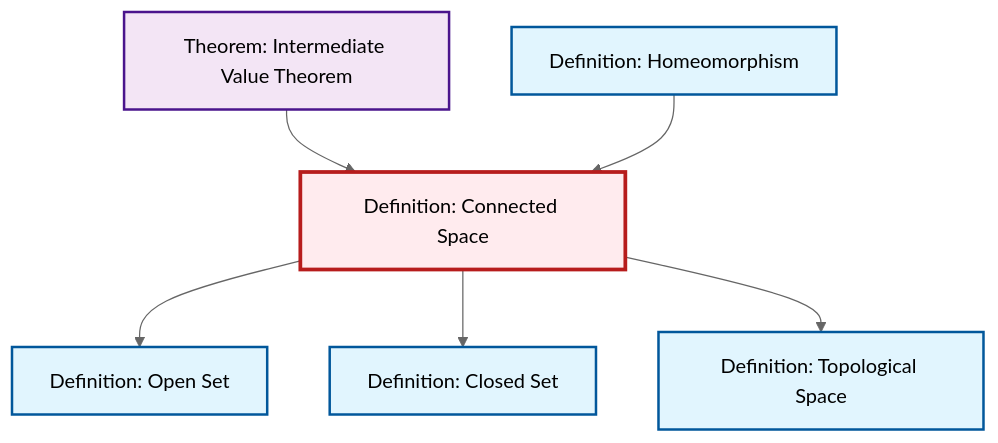
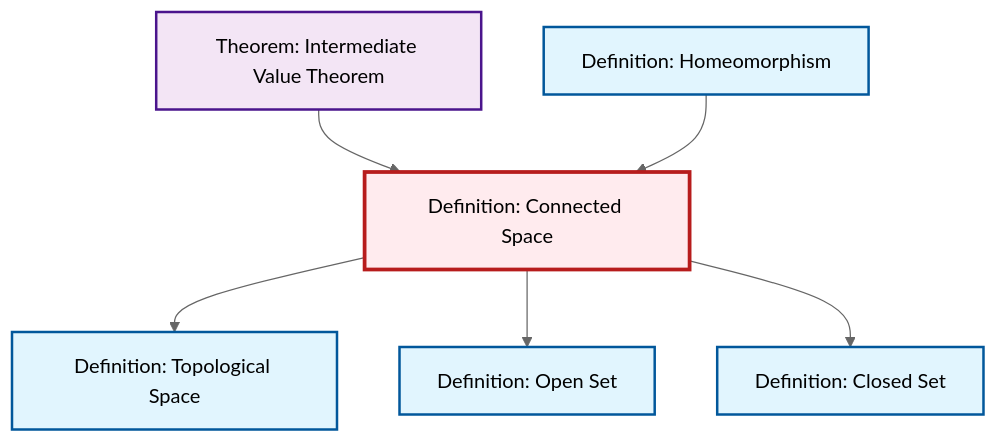
The diagram in content/ja/topology/def-connected.qmd (RK0429/ModernMath), drawn with Mermaid (neutral theme) before and after one commit. The commit also changed other lines of this file and 531 other files, not shown here.

````diff
--- a/content/ja/topology/def-connected.qmd
+++ b/content/ja/topology/def-connected.qmd
@@ -50,26 +50,26 @@
 ```{mermaid}
 %%| fig-cap: "Local dependency graph"
 graph TD
     classDef definition fill:#e1f5fe,stroke:#01579b,stroke-width:2px
     classDef theorem fill:#f3e5f5,stroke:#4a148c,stroke-width:2px
     classDef axiom fill:#fff3e0,stroke:#e65100,stroke-width:2px
     classDef example fill:#e8f5e9,stroke:#1b5e20,stroke-width:2px
     classDef current fill:#ffebee,stroke:#b71c1c,stroke-width:3px
+    def-homeomorphism["Definition: Homeomorphism"]:::definition
+    def-topological-space["Definition: Topological Space"]:::definition
     def-closed-set["Definition: Closed Set"]:::definition
-    def-homeomorphism["Definition: Homeomorphism"]:::definition
+    def-open-set["Definition: Open Set"]:::definition
+    def-connected["Definition: Connected Space"]:::definition
     thm-intermediate-value["Theorem: Intermediate Value Theorem"]:::theorem
-    def-topological-space["Definition: Topological Space"]:::definition
-    def-connected["Definition: Connected Space"]:::definition
-    def-open-set["Definition: Open Set"]:::definition
+    def-connected --> def-topological-space
+    thm-intermediate-value --> def-connected
     def-connected --> def-open-set
+    def-homeomorphism --> def-connected
     def-connected --> def-closed-set
-    thm-intermediate-value --> def-connected
-    def-connected --> def-topological-space
-    def-homeomorphism --> def-connected
     class def-connected current
+    click def-homeomorphism "def-homeomorphism.html" "Definition: Homeomorphismへ"
+    click def-topological-space "def-topological-space.html" "Definition: Topological Spaceへ"
     click def-closed-set "def-closed-set.html" "Definition: Closed Setへ"
-    click def-homeomorphism "def-homeomorphism.html" "Definition: Homeomorphismへ"
+    click def-open-set "def-open-set.html" "Definition: Open Setへ"
     click thm-intermediate-value "thm-intermediate-value.html" "Theorem: Intermediate Value Theoremへ"
-    click def-topological-space "def-topological-space.html" "Definition: Topological Spaceへ"
-    click def-open-set "def-open-set.html" "Definition: Open Setへ"
 ```
````
